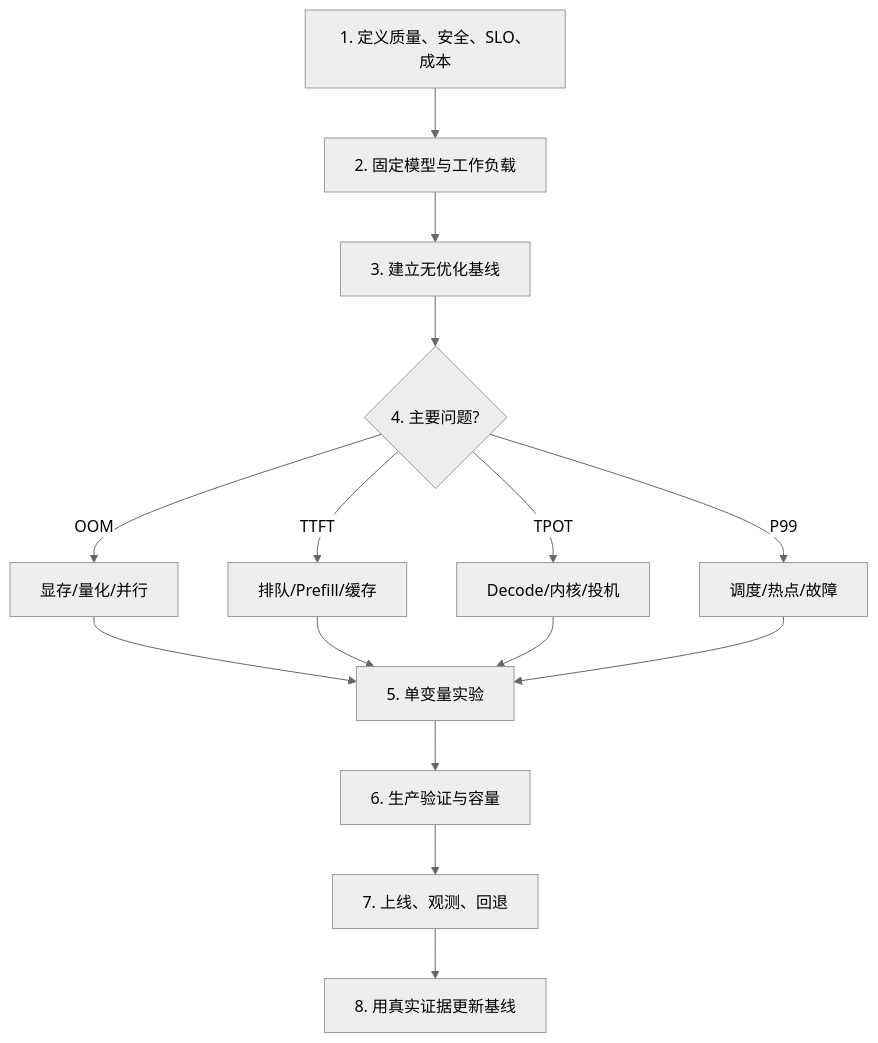
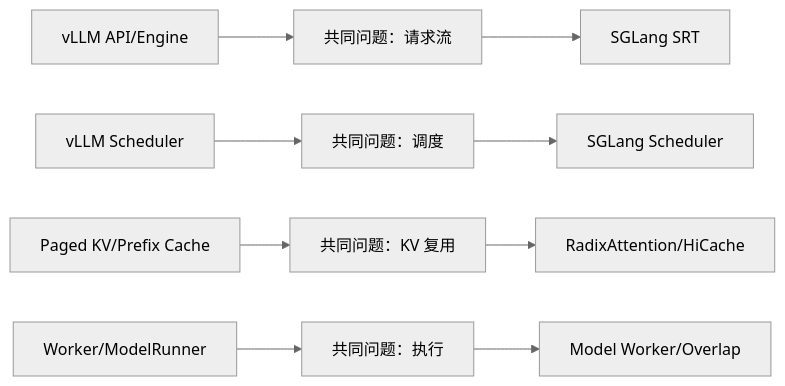
Before and after one commit to caomaolufei/AIInfraGuide: the second of 2 diagrams in docs/guides/模块四-推理优化/第11章-推理优化选型与端到端实战/11.4-模块总结与持续学习.md, drawn with Mermaid (neutral theme). The commit also changed other lines of this file and 53 other files, not shown here.

````diff
--- a/docs/guides/模块四-推理优化/第11章-推理优化选型与端到端实战/11.4-模块总结与持续学习.md
+++ b/docs/guides/模块四-推理优化/第11章-推理优化选型与端到端实战/11.4-模块总结与持续学习.md
@@ -123,17 +1094,12 @@
 ```mermaid
-flowchart TD
-    A["1. 定义质量、安全、SLO、成本"] --> B["2. 固定模型与工作负载"]
-    B --> C["3. 建立无优化基线"]
-    C --> D{"4. 主要问题?"}
-    D -->|OOM| E["显存/量化/并行"]
-    D -->|TTFT| F["排队/Prefill/缓存"]
-    D -->|TPOT| G["Decode/内核/投机"]
-    D -->|P99| H["调度/热点/故障"]
-    E --> I["5. 单变量实验"]
-    F --> I
-    G --> I
-    H --> I
-    I --> J["6. 生产验证与容量"]
-    J --> K["7. 上线、观测、回退"]
-    K --> L["8. 用真实证据更新基线"]
+flowchart LR
+    VAPI["vLLM API/Engine"] --> Q["共同问题：请求流"]
+    VS["vLLM Scheduler"] --> S["共同问题：调度"]
+    VK["Paged KV/Prefix Cache"] --> K["共同问题：KV 复用"]
+    VW["Worker/ModelRunner"] --> E["共同问题：执行"]
+
+    Q --> SRT["SGLang SRT"]
+    S --> SS["SGLang Scheduler"]
+    K --> RA["RadixAttention/HiCache"]
+    E --> MW["Model Worker/Overlap"]
 ```
````
